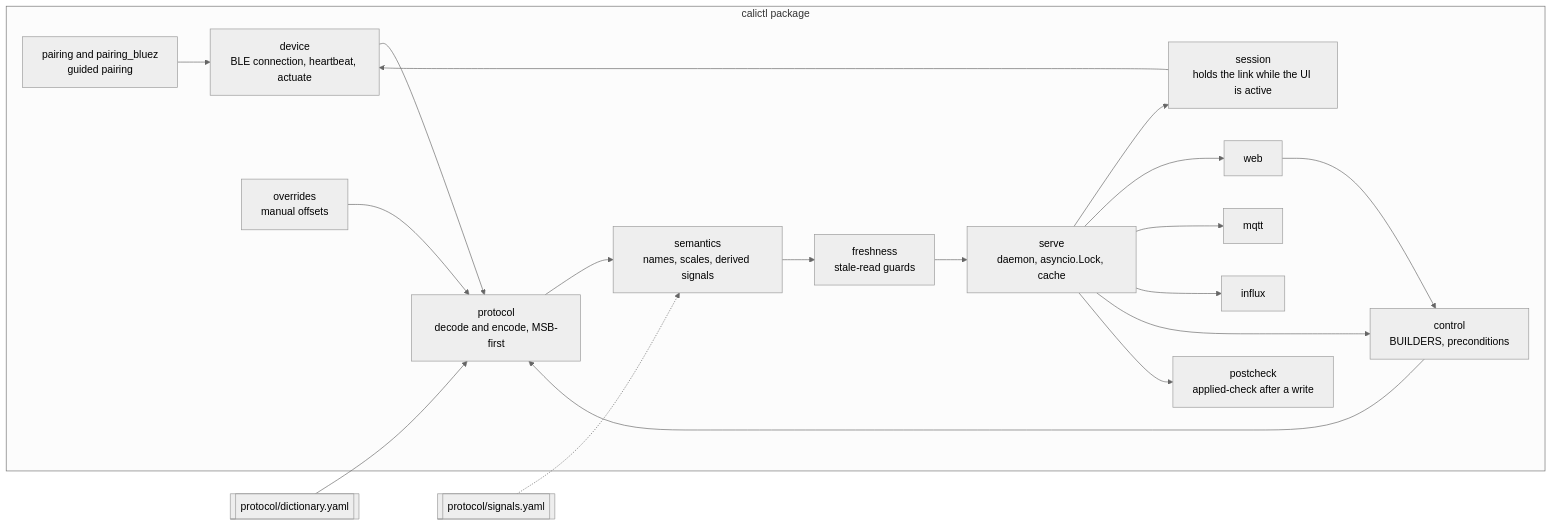
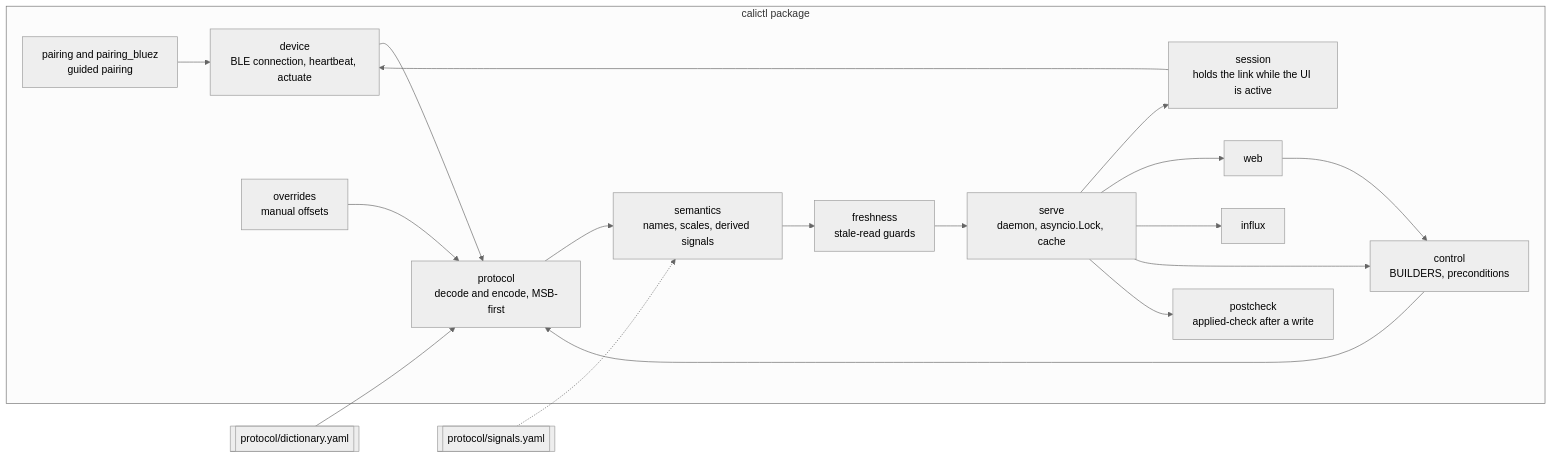
The third of 7 diagrams in docs/architecture.md (ckeller42/open-california), drawn with Mermaid (neutral theme) before and after one commit. The commit also changed other lines of this file and 49 other files, not shown here.

````diff
--- a/docs/architecture.md
+++ b/docs/architecture.md
@@ -186,37 +175,35 @@
 ```mermaid
 flowchart LR
   subgraph calictl["calictl package"]
     device["device<br/>BLE connection, heartbeat, actuate"]
     session["session<br/>holds the link while the UI is active"]
     protocol["protocol<br/>decode and encode, MSB-first"]
     overrides["overrides<br/>manual offsets"]
     semantics["semantics<br/>names, scales, derived signals"]
     control["control<br/>BUILDERS, preconditions"]
     freshness["freshness<br/>stale-read guards"]
     serve["serve<br/>daemon, asyncio.Lock, cache"]
     web["web"]
-    mqttc["mqtt"]
     influx["influx"]
     pairing["pairing and pairing_bluez<br/>guided pairing"]
     postcheck["postcheck<br/>applied-check after a write"]
   end
   dict[["protocol/dictionary.yaml"]]
   cat[["protocol/signals.yaml"]]
   dict --> protocol
   overrides --> protocol
   device --> protocol
   protocol --> semantics
   semantics --> freshness
   freshness --> serve
   cat -.-> semantics
   session --> device
   serve --> session
   serve --> web
-  serve --> mqttc
   serve --> influx
   web --> control
   control --> protocol
   serve --> control
   serve --> postcheck
   pairing --> device
 ```
````
